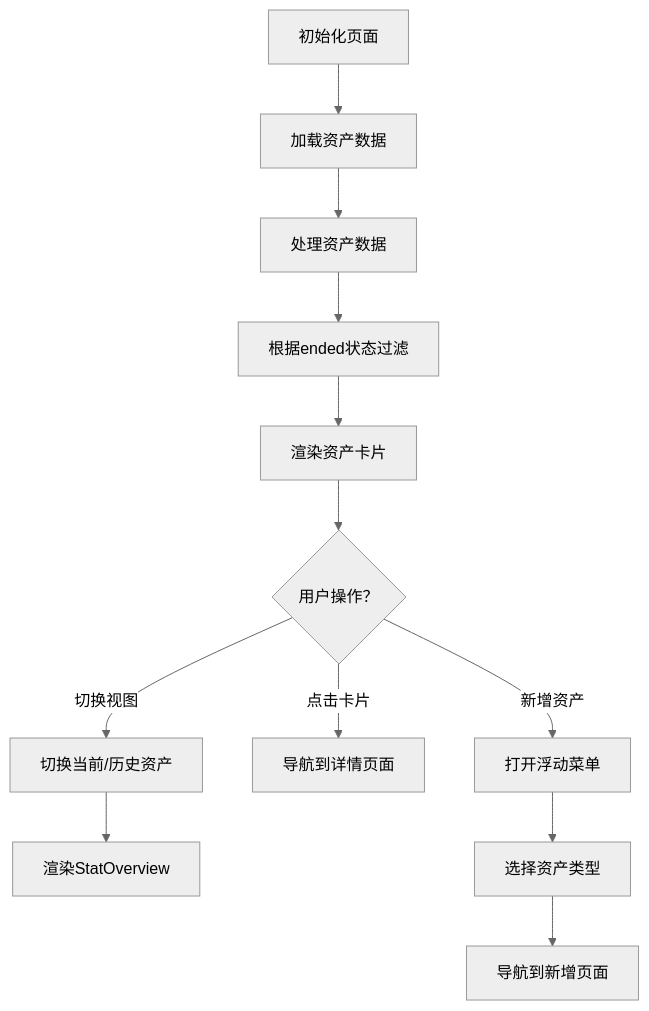
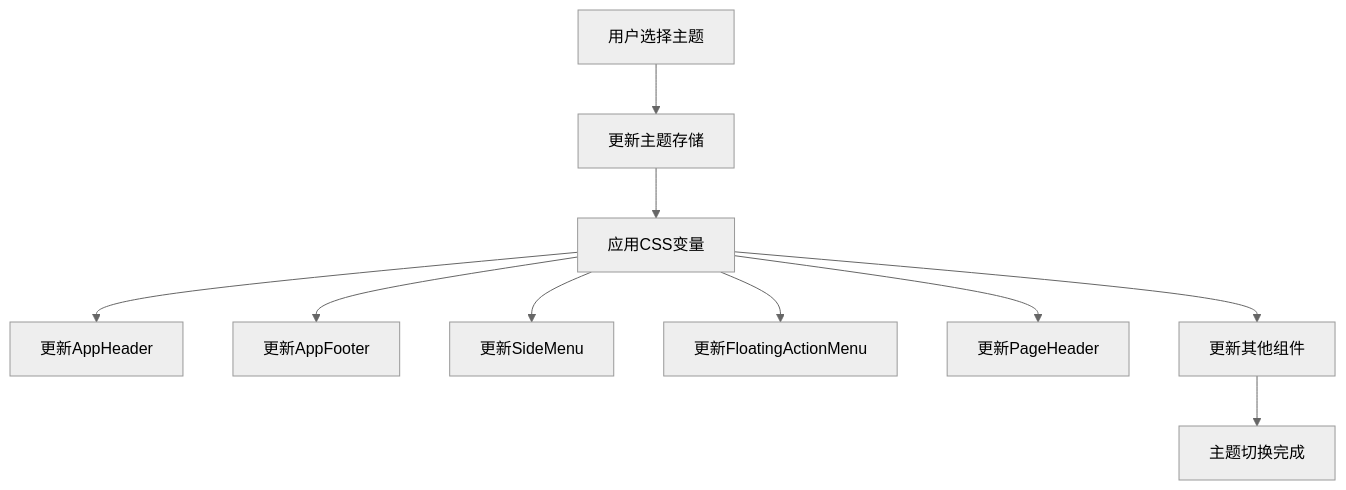
Diagram 19 of 20 in .qoder/repowiki/zh/content/UI组件/UI组件.md (xiao-lin-unit/yuan), drawn with Mermaid (neutral theme) before and after one commit. The commit also changed other lines of this file and 7 other files, not shown here.

````diff
--- a/.qoder/repowiki/zh/content/UI组件/UI组件.md
+++ b/.qoder/repowiki/zh/content/UI组件/UI组件.md
@@ -1010,14 +1403,12 @@
 ```mermaid
 flowchart TD
-Init["初始化页面"] --> LoadData["加载资产数据"]
-LoadData --> ProcessAssets["处理资产数据"]
-ProcessAssets --> FilterAssets["根据ended状态过滤"]
-FilterAssets --> RenderCards["渲染资产卡片"]
-RenderCards --> UserAction{"用户操作？"}
-UserAction --> |切换视图| ToggleView["切换当前/历史资产"]
-ToggleView --> RenderStat["渲染StatOverview"]
-UserAction --> |点击卡片| NavigateDetail["导航到详情页面"]
-UserAction --> |新增资产| OpenMenu["打开浮动菜单"]
-OpenMenu --> ChooseType["选择资产类型"]
-ChooseType --> NavigateAdd["导航到新增页面"]
+User["用户选择主题"] --> Store["更新主题存储"]
+Store --> Apply["应用CSS变量"]
+Apply --> Header["更新AppHeader"]
+Apply --> Footer["更新AppFooter"]
+Apply --> Menu["更新SideMenu"]
+Apply --> FAM["更新FloatingActionMenu"]
+Apply --> PHeader["更新PageHeader"]
+Apply --> Components["更新其他组件"]
+Components --> Success["主题切换完成"]
 ```
````
